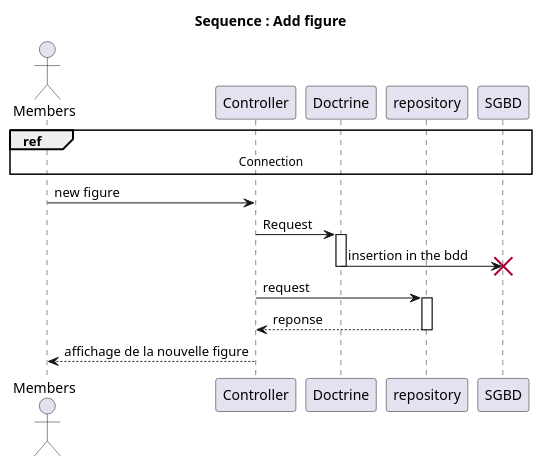
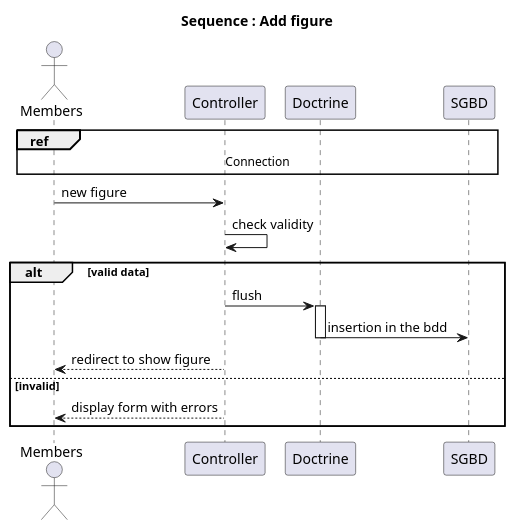
The diagram in UML/sequence/add_figure.puml (kenchi-san/snowTricks), drawn with PlantUML before and after one commit. The commit also changed 1 other file, not shown here.

Commit message:
updating sequence #45

```diff
--- a/UML/sequence/add_figure.puml
+++ b/UML/sequence/add_figure.puml
@@ -1,24 +1,23 @@
 @startuml
 
 title Sequence : Add figure
 
 actor Members as U
 participant Controller as C
 participant Doctrine as D
-participant repository as REPO
 participant SGBD as BDD
 ref over U,C,D,BDD : Connection
 
 U->C:  new figure
-C->D:Request
-activate D
-D->BDD: insertion in the bdd
-destroy BDD
-deactivate D
-C->REPO: request
-activate REPO
-REPO-->C: reponse
-deactivate REPO
-C-->U:affichage de la nouvelle figure
+C->C: check validity
+alt valid data
+    C->D: flush
+    activate D
+    D->BDD: insertion in the bdd
+    deactivate D
+    C-->U: redirect to show figure
+else invalid
+  C-->U: display form with errors
+end
 
 @enduml
```
